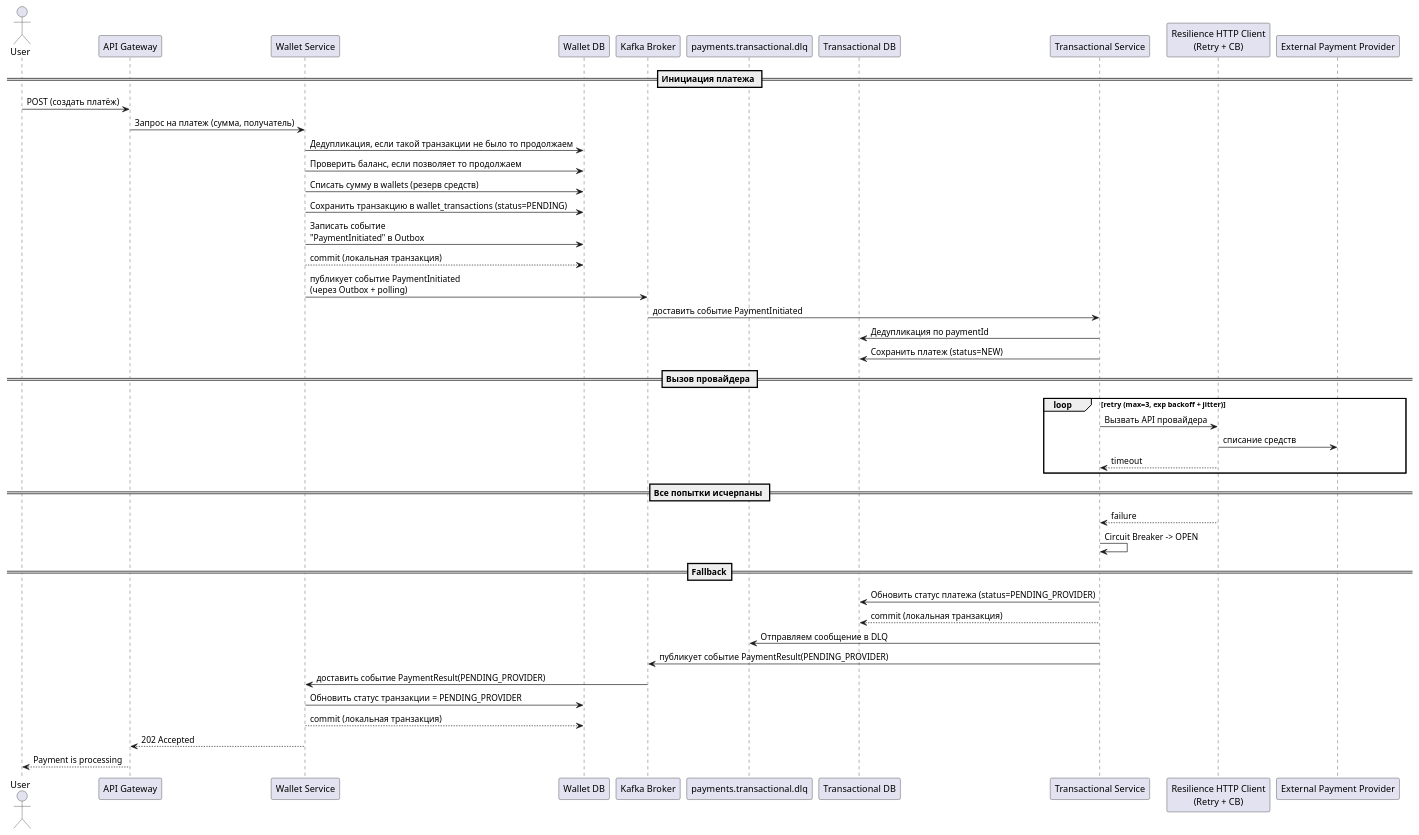
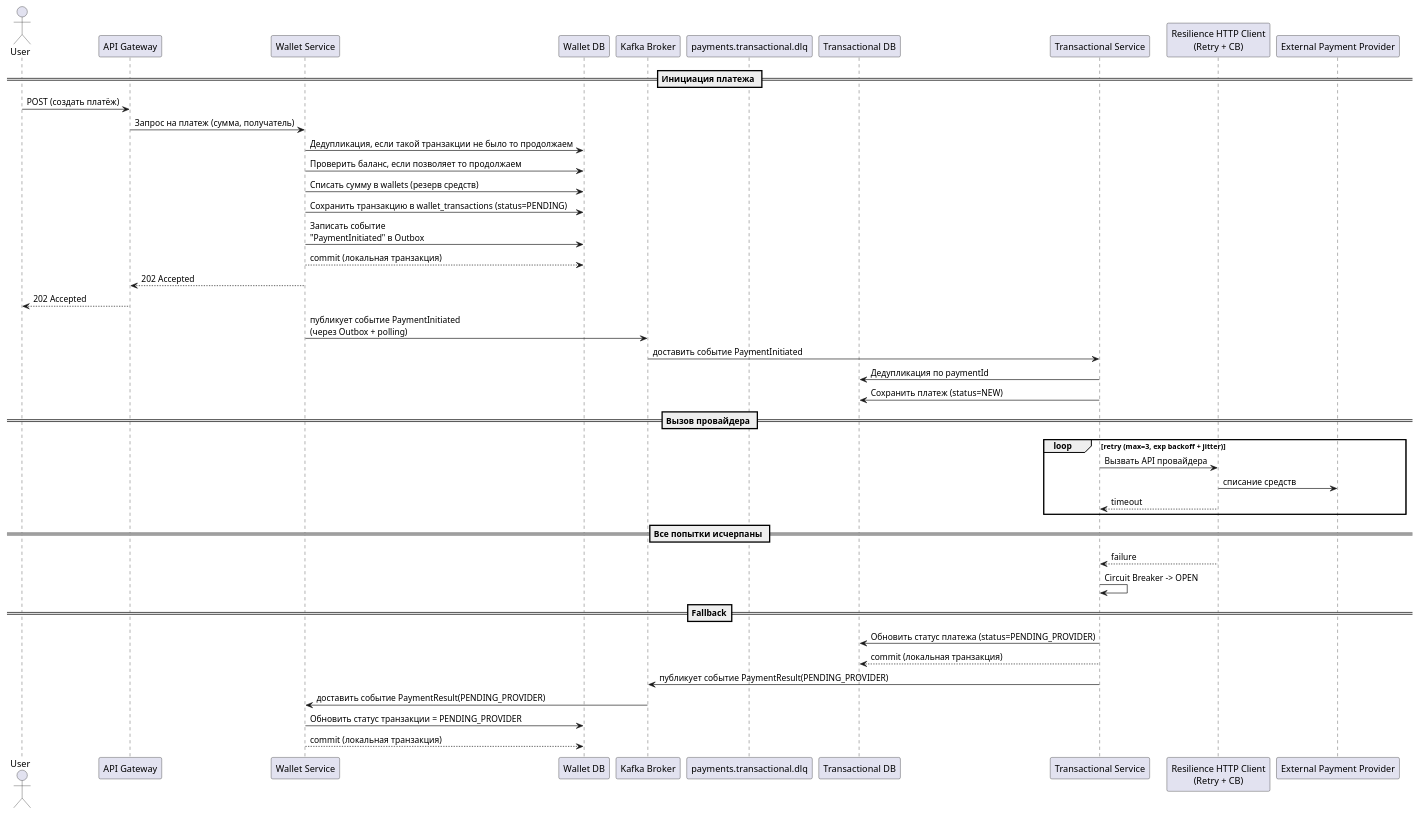
One commit to evg-akulov/sdia changed the diagram in sequence/sequence_provider.puml. Above: the diagram before and after it, drawn with PlantUML. The commit also changed 5 other files, not shown here.

```diff
--- a/sequence/sequence_provider.puml
+++ b/sequence/sequence_provider.puml
@@ -1,60 +1,59 @@
 @startuml
 
 actor User
 
 participant "API Gateway" as APIGW
 participant "Wallet Service" as Wallet
 participant "Wallet DB" as WalletDb
 participant "Kafka Broker" as Kafka
 participant "payments.transactional.dlq" as DLQ
 participant "Transactional DB" as TransactionalDb
 participant "Transactional Service" as Transactional
 participant "Resilience HTTP Client\n(Retry + CB)" as Resilience
 participant "External Payment Provider" as ExtProvider
 
 == Инициация платежа ==
 
 User -> APIGW: POST (создать платёж)
 APIGW -> Wallet: Запрос на платеж (сумма, получатель)
 
 Wallet -> WalletDb: Дедупликация, если такой транзакции не было то продолжаем
 Wallet -> WalletDb: Проверить баланс, если позволяет то продолжаем
 Wallet -> WalletDb: Списать сумму в wallets (резерв средств)
 Wallet -> WalletDb: Сохранить транзакцию в wallet_transactions (status=PENDING)
 Wallet -> WalletDb: Записать событие\n"PaymentInitiated" в Outbox
 Wallet --> WalletDb: commit (локальная транзакция)
 
+Wallet --> APIGW: 202 Accepted
+APIGW --> User: 202 Accepted
+
 Wallet -> Kafka: публикует событие PaymentInitiated\n(через Outbox + polling)
 
 Kafka -> Transactional: доставить событие PaymentInitiated
 Transactional -> TransactionalDb: Дедупликация по paymentId
 Transactional -> TransactionalDb: Сохранить платеж (status=NEW)
 
 == Вызов провайдера ==
 
 loop retry (max=3, exp backoff + jitter)
     Transactional -> Resilience: Вызвать API провайдера
     Resilience -> ExtProvider: списание средств
     Resilience --> Transactional: timeout
 end
 
 == Все попытки исчерпаны ==
 
 Resilience --> Transactional: failure
 Transactional -> Transactional: Circuit Breaker -> OPEN
 
 == Fallback==
 
 Transactional -> TransactionalDb: Обновить статус платежа (status=PENDING_PROVIDER)
 Transactional --> TransactionalDb: commit (локальная транзакция)
-Transactional -> DLQ: Отправляем сообщение в DLQ
 Transactional -> Kafka: публикует событие PaymentResult(PENDING_PROVIDER)
 
 Kafka -> Wallet: доставить событие PaymentResult(PENDING_PROVIDER)
 Wallet -> WalletDb: Обновить статус транзакции = PENDING_PROVIDER
 Wallet --> WalletDb: commit (локальная транзакция)
 
-Wallet --> APIGW: 202 Accepted
-APIGW --> User: Payment is processing
-
 @enduml
```
